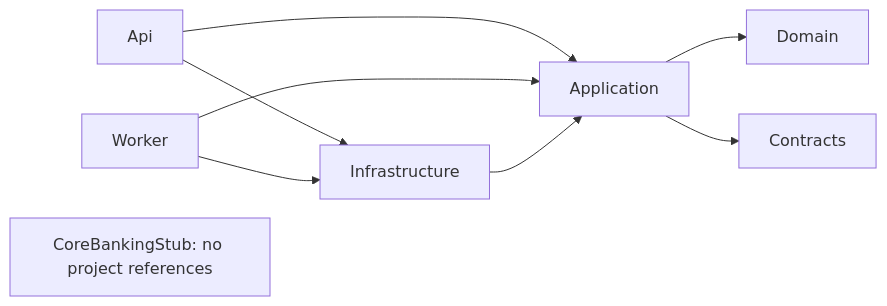
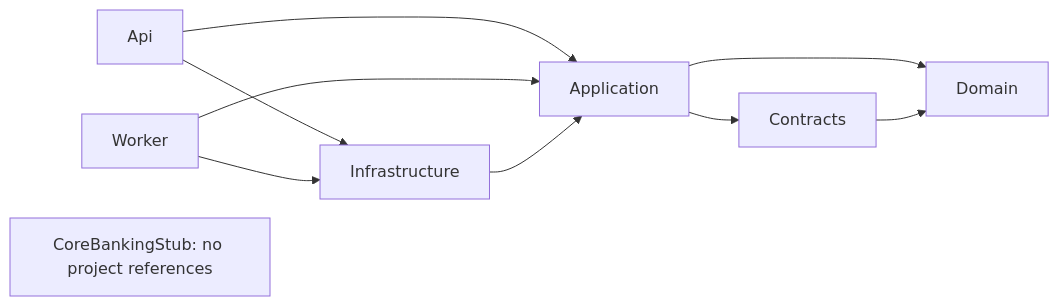
The first of 5 diagrams in docs/architecture/architecture.md (njabulozmnisi/disputedesk), drawn with Mermaid before and after one commit. The commit also changed other lines of this file and 6 other files, not shown here.

````diff
--- a/docs/architecture/architecture.md
+++ b/docs/architecture/architecture.md
@@ -48,11 +48,12 @@
 ```mermaid
 flowchart LR
   Api --> Application
   Api --> Infrastructure
   Worker --> Application
   Worker --> Infrastructure
   Infrastructure --> Application
   Application --> Domain
   Application --> Contracts
+  Contracts --> Domain
   Stub["CoreBankingStub: no project references"]
 ```
````
